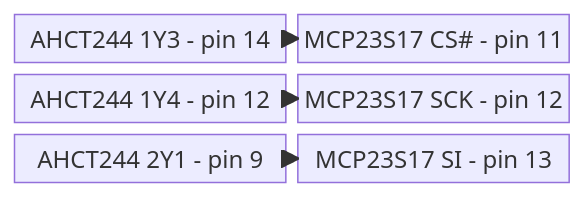
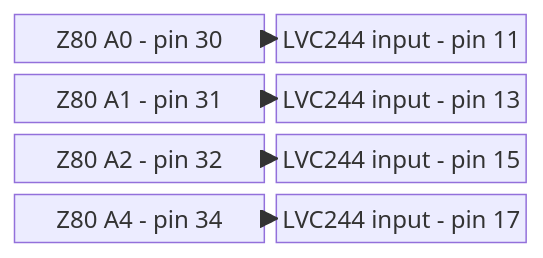
Before and after one commit to gloveboxes/Z80ROMlessSBC: the diagram in docs/docs/en/hardware/address-interface.md, drawn with Mermaid. The commit also changed other lines of this file and 91 other files, not shown here.

````diff
--- a/docs/docs/en/hardware/address-interface.md
+++ b/docs/docs/en/hardware/address-interface.md
@@ -31,10 +50,12 @@
 ```mermaid
 block-beta
   columns 2
-  BCS["AHCT244 1Y3 - pin 14"] MCS["MCP23S17 CS# - pin 11"]
-  BSCK["AHCT244 1Y4 - pin 12"] MSCK["MCP23S17 SCK - pin 12"]
-  BMOSI["AHCT244 2Y1 - pin 9"] MSI["MCP23S17 SI - pin 13"]
-  BCS --> MCS
-  BSCK --> MSCK
-  BMOSI --> MSI
+  Z0["Z80 A0 - pin 30"] L0["LVC244 input - pin 11"]
+  Z1["Z80 A1 - pin 31"] L1["LVC244 input - pin 13"]
+  Z2["Z80 A2 - pin 32"] L2["LVC244 input - pin 15"]
+  Z4["Z80 A4 - pin 34"] L4["LVC244 input - pin 17"]
+  Z0 --> L0
+  Z1 --> L1
+  Z2 --> L2
+  Z4 --> L4
 ```
````
